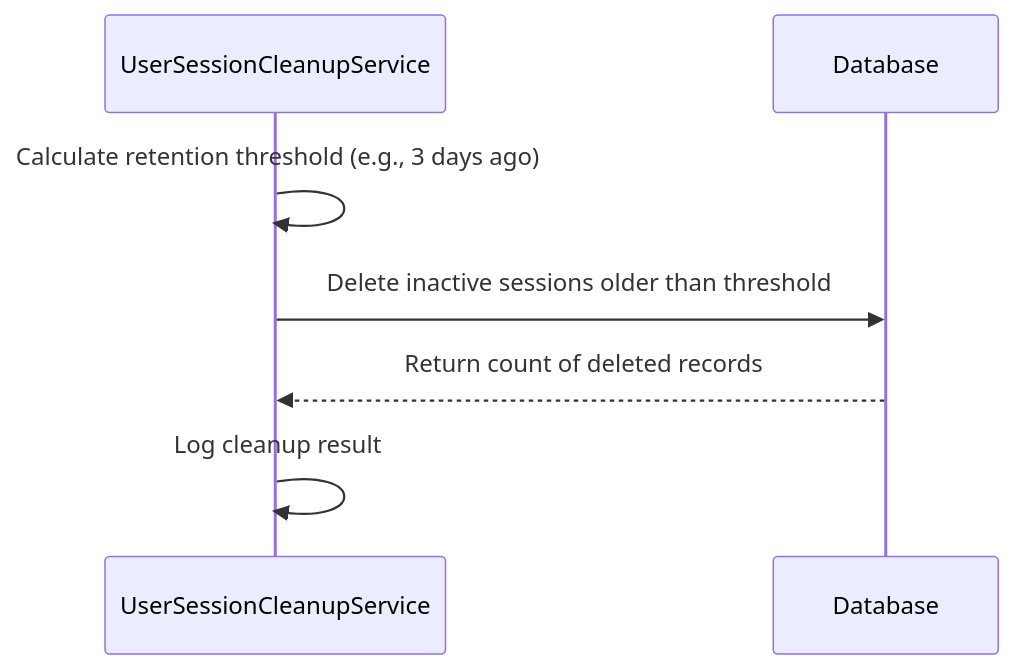
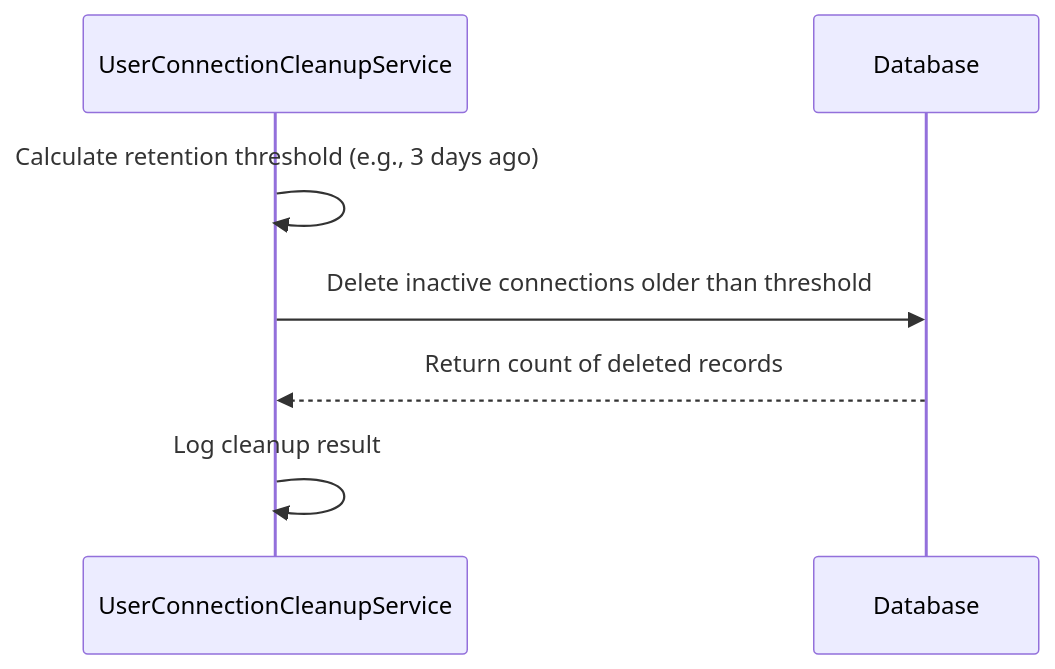
Before and after one commit to rsrini7/Notification-SSE-GLM-Flux: the third of 5 diagrams in broadcast-microservice/docs/07_scheduler_flow2.md, drawn with Mermaid. The commit also changed other lines of this file and 41 other files, not shown here.

First line of the commit message:
refactor(connection): rename session to connection across the codebase

````diff
--- a/broadcast-microservice/docs/07_scheduler_flow2.md
+++ b/broadcast-microservice/docs/07_scheduler_flow2.md
@@ -77,10 +77,10 @@
 ```mermaid
 sequenceDiagram
-    participant USCS as UserSessionCleanupService
+    participant USCS as UserConnectionCleanupService
     participant DB as Database
 
     USCS->>USCS: Calculate retention threshold (e.g., 3 days ago)
-    USCS->>DB: Delete inactive sessions older than threshold
+    USCS->>DB: Delete inactive connections older than threshold
     DB-->>USCS: Return count of deleted records
     USCS->>USCS: Log cleanup result
 ```
````
